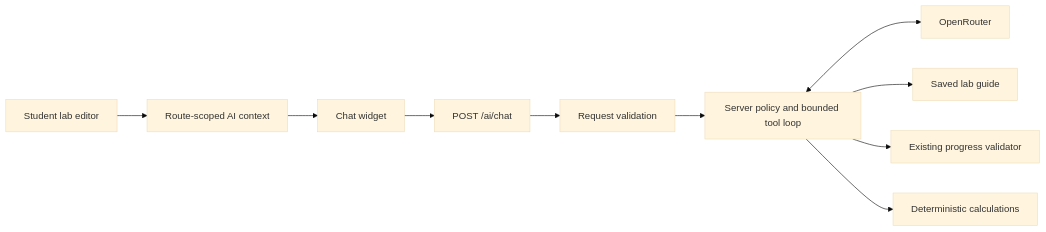
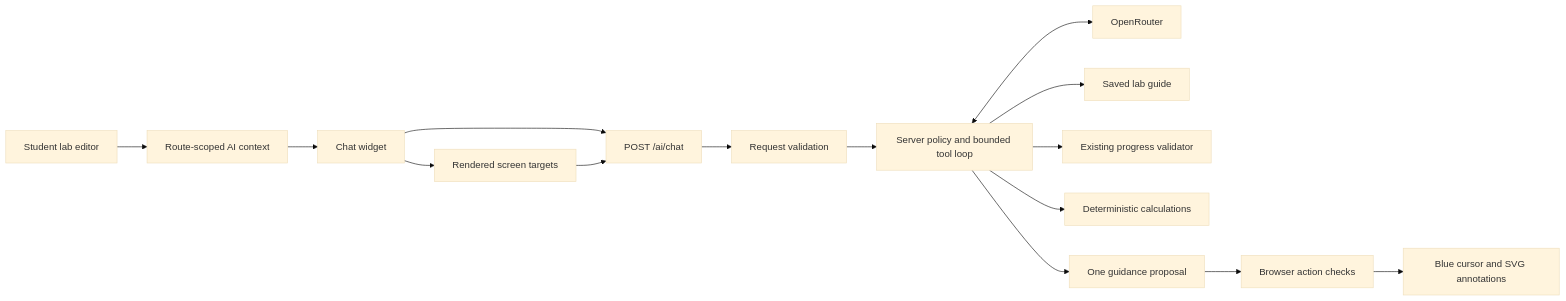
Before and after one commit to Janith-Chamikara/cogni_lab: the diagram in docs/ai-agent.md, drawn with Mermaid (base theme). The commit also changed other lines of this file and 11 other files, not shown here.

````diff
--- a/docs/ai-agent.md
+++ b/docs/ai-agent.md
@@ -13,12 +13,17 @@
 ```mermaid
 flowchart LR
     Editor[Student lab editor] --> Context[Route-scoped AI context]
     Context --> Chat[Chat widget]
     Chat --> API[POST /ai/chat]
     API --> Validation[Request validation]
     Validation --> Agent[Server policy and bounded tool loop]
     Agent <--> Model[OpenRouter]
     Agent --> Guide[Saved lab guide]
     Agent --> Checks[Existing progress validator]
     Agent --> Calculator[Deterministic calculations]
+    Chat --> Inventory[Rendered screen targets]
+    Inventory --> API
+    Agent --> Proposal[One guidance proposal]
+    Proposal --> Browser[Browser action checks]
+    Browser --> Overlay[Blue cursor and SVG annotations]
 ```
````
